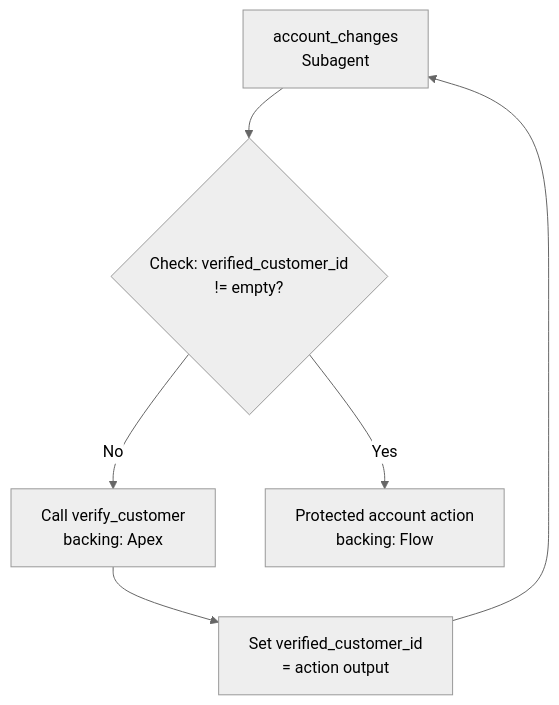
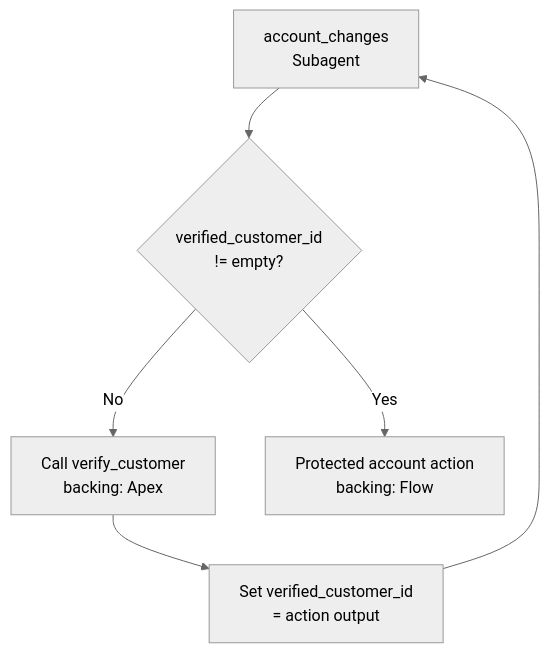
The eighth of 12 diagrams in plugins/agentforce-adlc/skills/agentforce-generate/references/agent-subagent-map-diagrams.md (willow-marketplace/innovid), drawn with Mermaid before and after one commit. The commit also changed other lines of this file and 5968 other files, not shown here.

````diff
--- a/plugins/agentforce-adlc/skills/agentforce-generate/references/agent-subagent-map-diagrams.md
+++ b/plugins/agentforce-adlc/skills/agentforce-generate/references/agent-subagent-map-diagrams.md
@@ -166,10 +173,10 @@
 ```mermaid
 %%{init: {'theme':'neutral'}}%%
 graph TD
     A[account_changes<br/>Subagent]
-    A --> B{Check: verified_customer_id<br/>!= empty?}
+    A --> B{verified_customer_id<br/>!= empty?}
     B -->|No| C[Call verify_customer<br/>backing: Apex]
     B -->|Yes| D[Protected account action<br/>backing: Flow]
     C --> E[Set verified_customer_id<br/>= action output]
     E --> A
 ```
````
